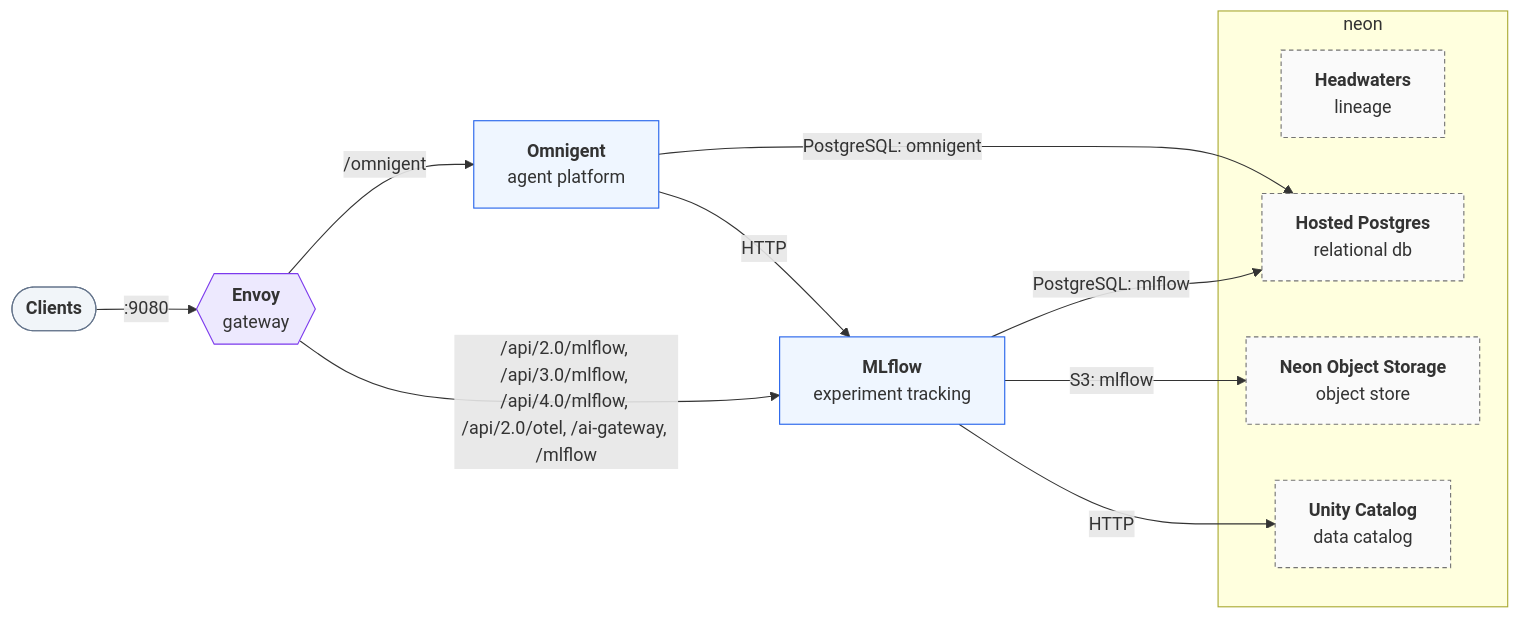
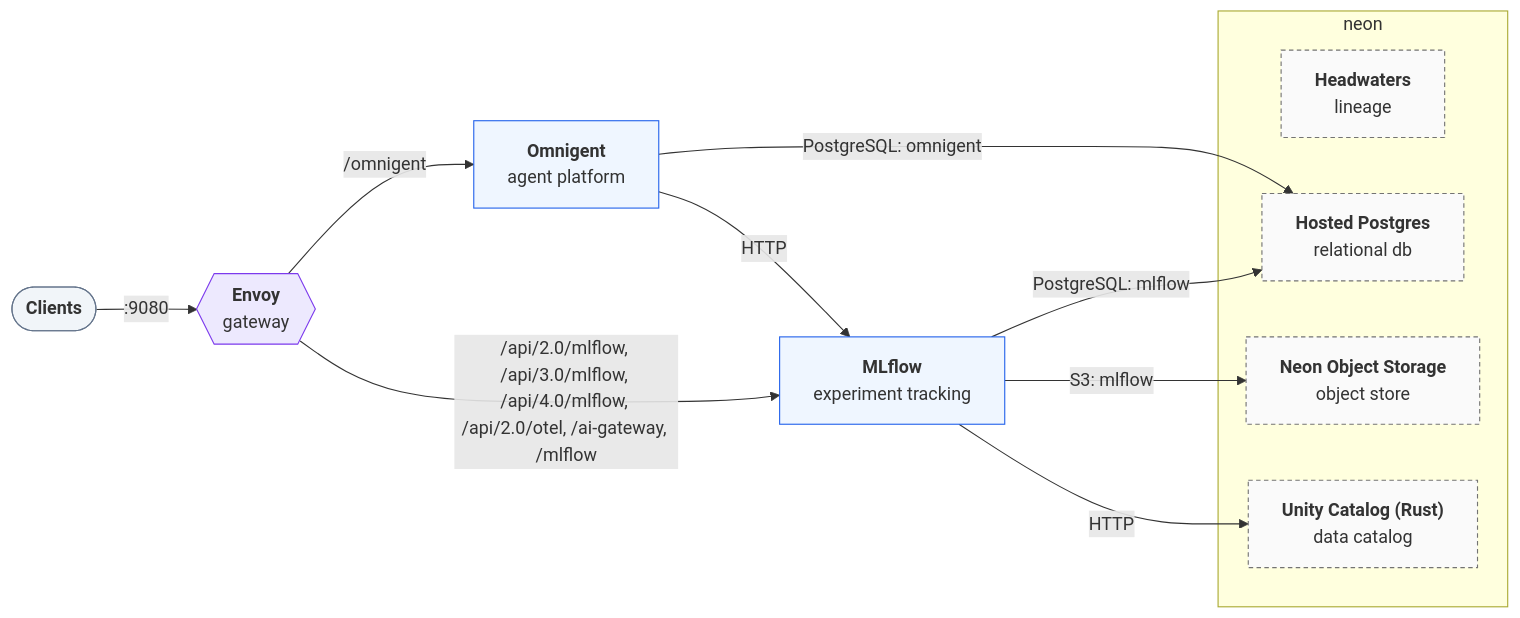
The diagram in test/expected/neon-hybrid/README.md (open-lakehouse/trestle), drawn with Mermaid before and after one commit. The commit also changed other lines of this file and 138 other files, not shown here.

````diff
--- a/test/expected/neon-hybrid/README.md
+++ b/test/expected/neon-hybrid/README.md
@@ -9,25 +9,25 @@
 ```mermaid
 flowchart LR
     n0(["<b>Clients</b>"]):::clients
     n1{{"<b>Envoy</b><br/>gateway"}}:::gateway
     n5["<b>MLflow</b><br/>experiment tracking"]:::component
     n6["<b>Omnigent</b><br/>agent platform"]:::component
     subgraph cloud0["neon"]
         n2["<b>Headwaters</b><br/>lineage"]:::external
         n3["<b>Hosted Postgres</b><br/>relational db"]:::external
         n4["<b>Neon Object Storage</b><br/>object store"]:::external
-        n7["<b>Unity Catalog</b><br/>data catalog"]:::external
+        n7["<b>Unity Catalog (Rust)</b><br/>data catalog"]:::external
     end
     n0 -->|":9080"| n1
     n1 -->|"/api/2.0/mlflow, /api/3.0/mlflow, /api/4.0/mlflow, /api/2.0/otel, /ai-gateway, /mlflow"| n5
     n1 -->|"/omnigent"| n6
     n5 -->|"PostgreSQL: mlflow"| n3
     n5 -->|"S3: mlflow"| n4
     n6 -->|"PostgreSQL: omnigent"| n3
     n5 -->|"HTTP"| n7
     n6 -->|"HTTP"| n5
     classDef clients fill:#f1f5f9,stroke:#64748b
     classDef gateway fill:#ede9fe,stroke:#7c3aed
     classDef component fill:#eff6ff,stroke:#2563eb
     classDef external fill:#fafafa,stroke:#737373,stroke-dasharray: 4 3
 ```
````
